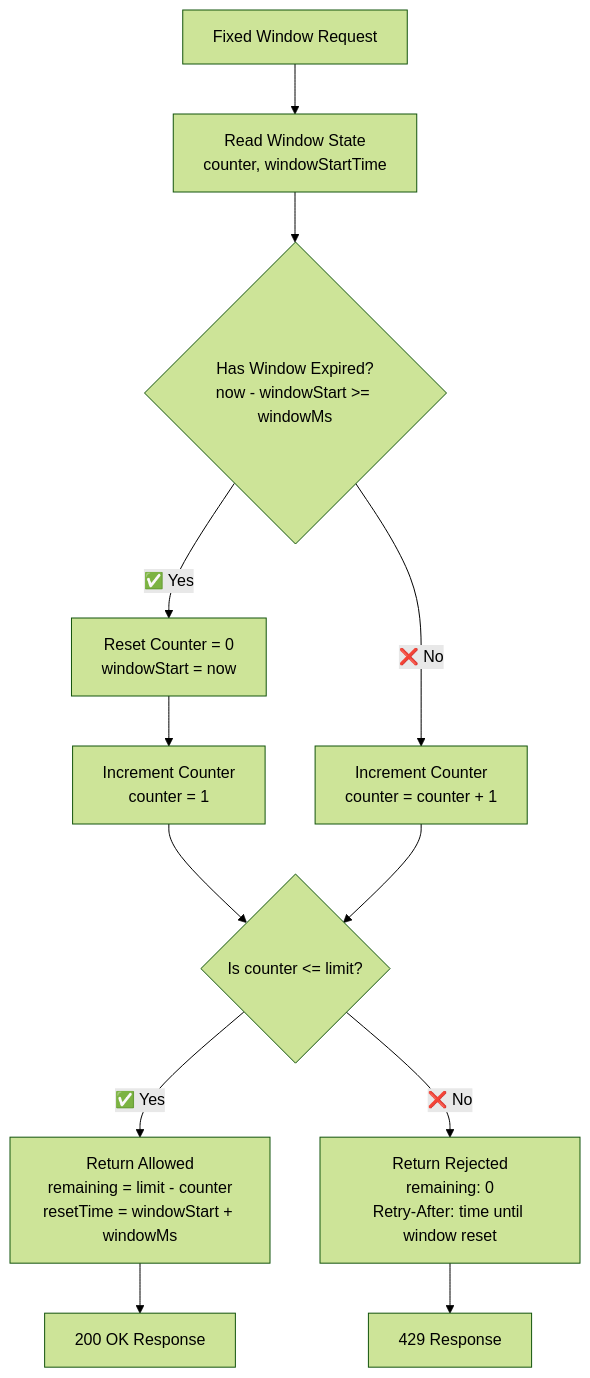
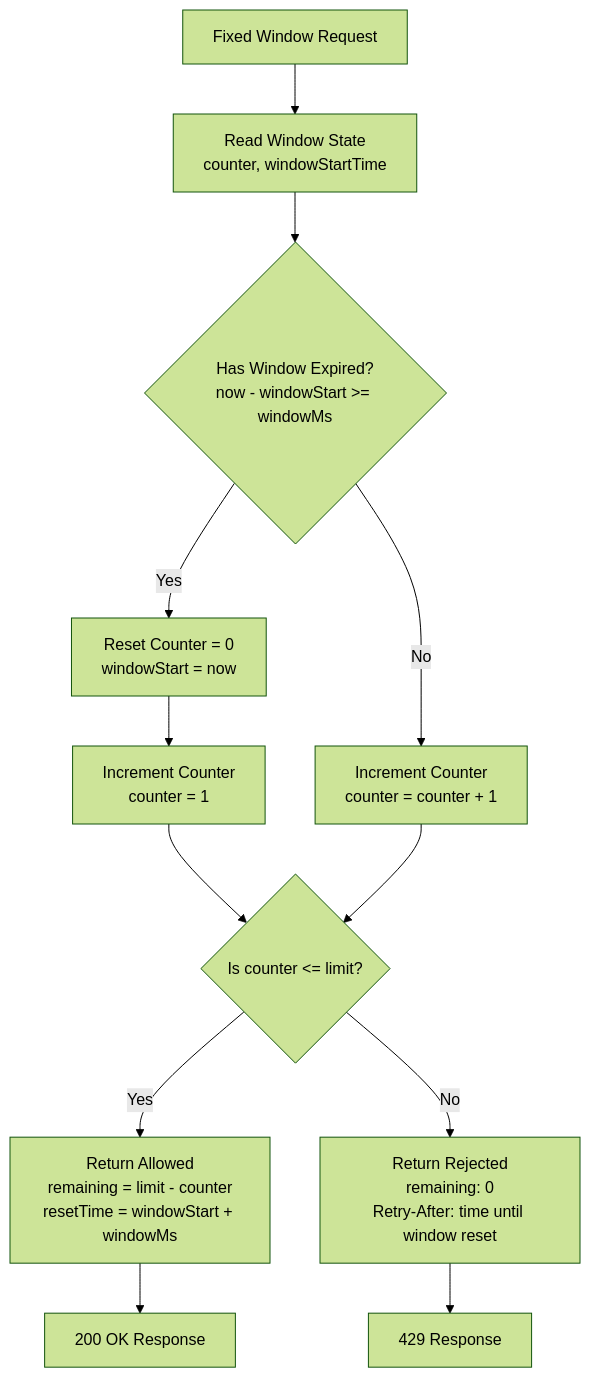
One commit to TallamGilbert/rate-limiter-middleware changed the second of 7 diagrams in diagrams.md. Above: the diagram before and after it, drawn with Mermaid (forest theme). The commit also changed other lines of this file, not shown here.

Commit message:
control flow diagram

````diff
--- a/diagrams.md
+++ b/diagrams.md
@@ -25,19 +25,19 @@
 ```mermaid
 flowchart TD
     A[Fixed Window Request] --> B[Read Window State<br/>counter, windowStartTime]
     B --> C{Has Window Expired?<br/>now - windowStart >= windowMs}
 
-    C -->|✅ Yes| D[Reset Counter = 0<br/>windowStart = now]
+    C -->| Yes| D[Reset Counter = 0<br/>windowStart = now]
     D --> E[Increment Counter<br/>counter = 1]
 
-    C -->|❌ No| F[Increment Counter<br/>counter = counter + 1]
+    C -->| No| F[Increment Counter<br/>counter = counter + 1]
 
     E --> G{Is counter <= limit?}
     F --> G
 
-    G -->|✅ Yes| H[Return Allowed<br/>remaining = limit - counter<br/>resetTime = windowStart + windowMs]
+    G -->| Yes| H[Return Allowed<br/>remaining = limit - counter<br/>resetTime = windowStart + windowMs]
     H --> I[200 OK Response]
 
-    G -->|❌ No| J[Return Rejected<br/>remaining: 0<br/>Retry-After: time until window reset]
+    G -->| No| J[Return Rejected<br/>remaining: 0<br/>Retry-After: time until window reset]
     J --> K[429 Response]
 ```
````
